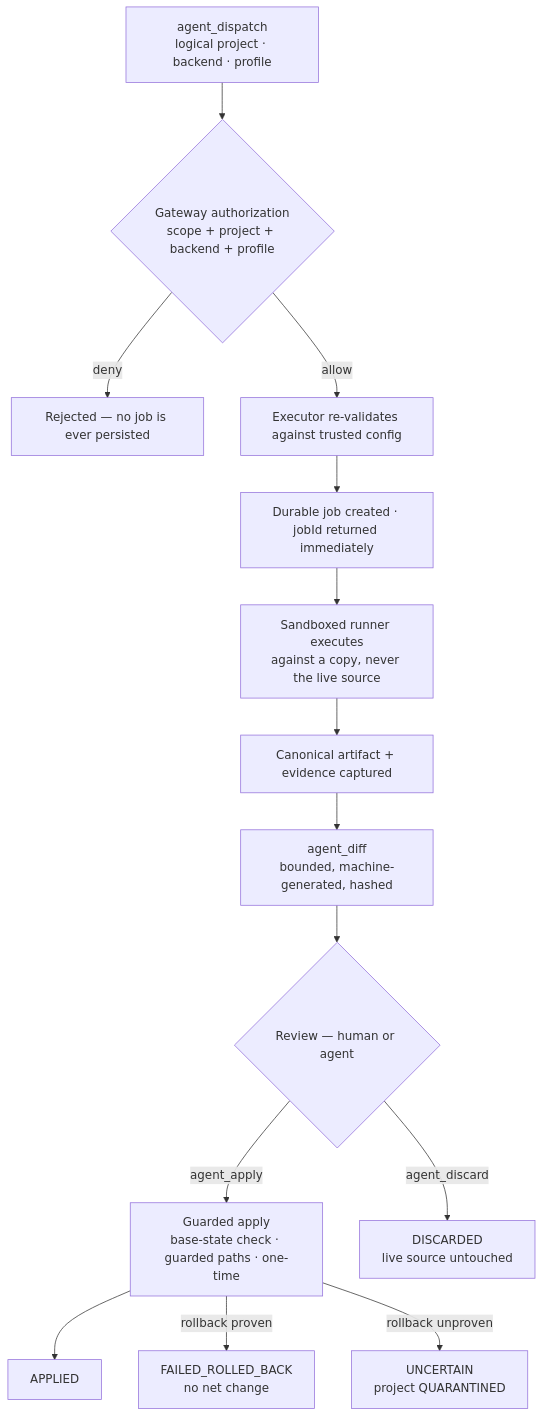
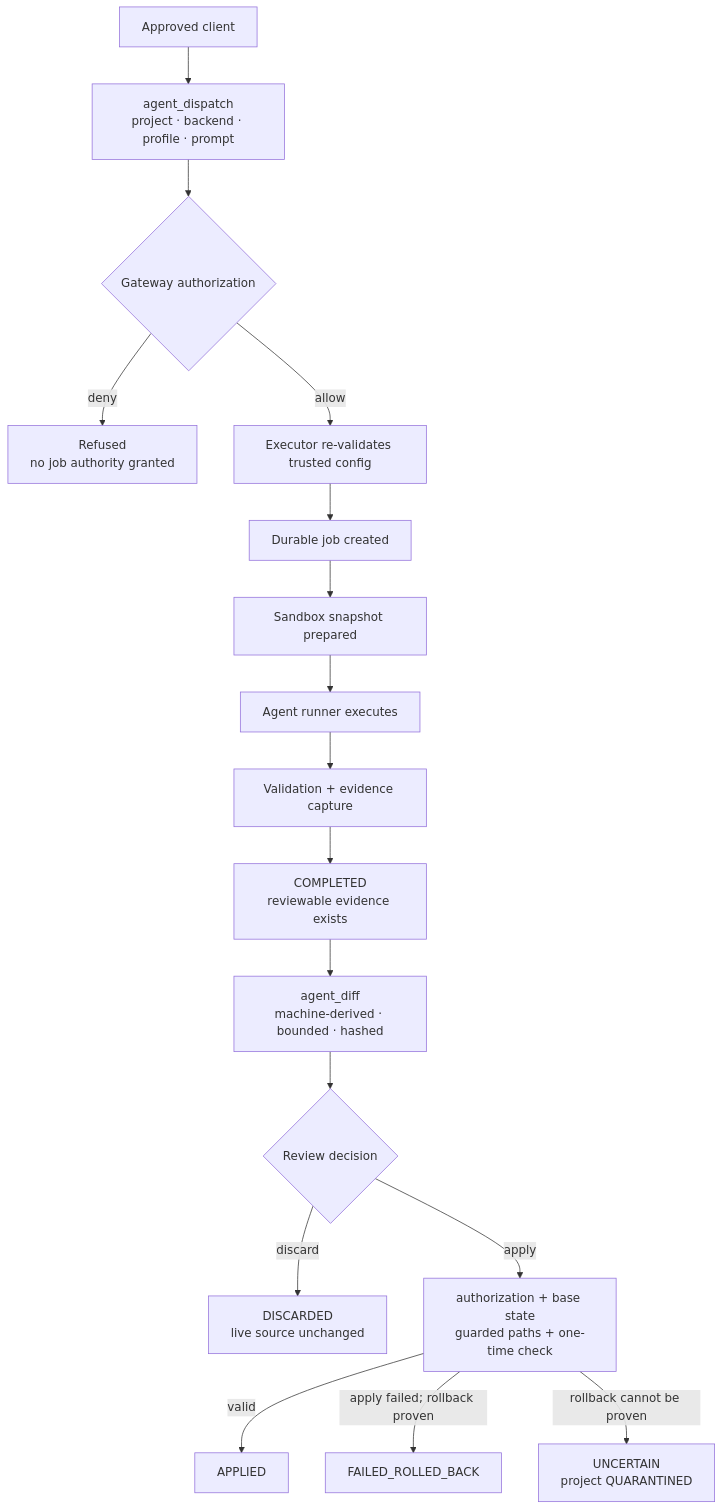
Before and after one commit to Herman940306/QuaranGate: the second of 3 diagrams in README.md, drawn with Mermaid. The commit also changed other lines of this file and 12 other files, not shown here.

````diff
--- a/README.md
+++ b/README.md
@@ -170,16 +314,19 @@
 ```mermaid
 flowchart TD
-    A["agent_dispatch<br/>logical project · backend · profile"] --> B{"Gateway authorization<br/>scope + project + backend + profile"}
-    B -->|deny| X["Rejected — no job is ever persisted"]
-    B -->|allow| C["Executor re-validates against trusted config"]
-    C --> D["Durable job created · jobId returned immediately"]
-    D --> E["Sandboxed runner executes<br/>against a copy, never the live source"]
-    E --> F["Canonical artifact + evidence captured"]
-    F --> G["agent_diff<br/>bounded, machine-generated, hashed"]
-    G --> H{"Review — human or agent"}
-    H -->|agent_apply| I["Guarded apply<br/>base-state check · guarded paths · one-time"]
-    H -->|agent_discard| K["DISCARDED<br/>live source untouched"]
-    I --> L["APPLIED"]
-    I -->|"rollback proven"| M["FAILED_ROLLED_BACK<br/>no net change"]
-    I -->|"rollback unproven"| N["UNCERTAIN<br/>project QUARANTINED"]
+    U["Approved client"] --> D["agent_dispatch<br/>project · backend · profile · prompt"]
+    D --> A{"Gateway authorization"}
+    A -->|"deny"| DENY["Refused<br/>no job authority granted"]
+    A -->|"allow"| E["Executor re-validates trusted config"]
+    E --> J["Durable job created"]
+    J --> S["Sandbox snapshot prepared"]
+    S --> R["Agent runner executes"]
+    R --> V["Validation + evidence capture"]
+    V --> C["COMPLETED<br/>reviewable evidence exists"]
+    C --> DIFF["agent_diff<br/>machine-derived · bounded · hashed"]
+    DIFF --> REVIEW{"Review decision"}
+    REVIEW -->|"discard"| DISC["DISCARDED<br/>live source unchanged"]
+    REVIEW -->|"apply"| CHECK["authorization + base state<br/>guarded paths + one-time check"]
+    CHECK -->|"valid"| APPLIED["APPLIED"]
+    CHECK -->|"apply failed; rollback proven"| RB["FAILED_ROLLED_BACK"]
+    CHECK -->|"rollback cannot be proven"| Q["UNCERTAIN<br/>project QUARANTINED"]
 ```
````
